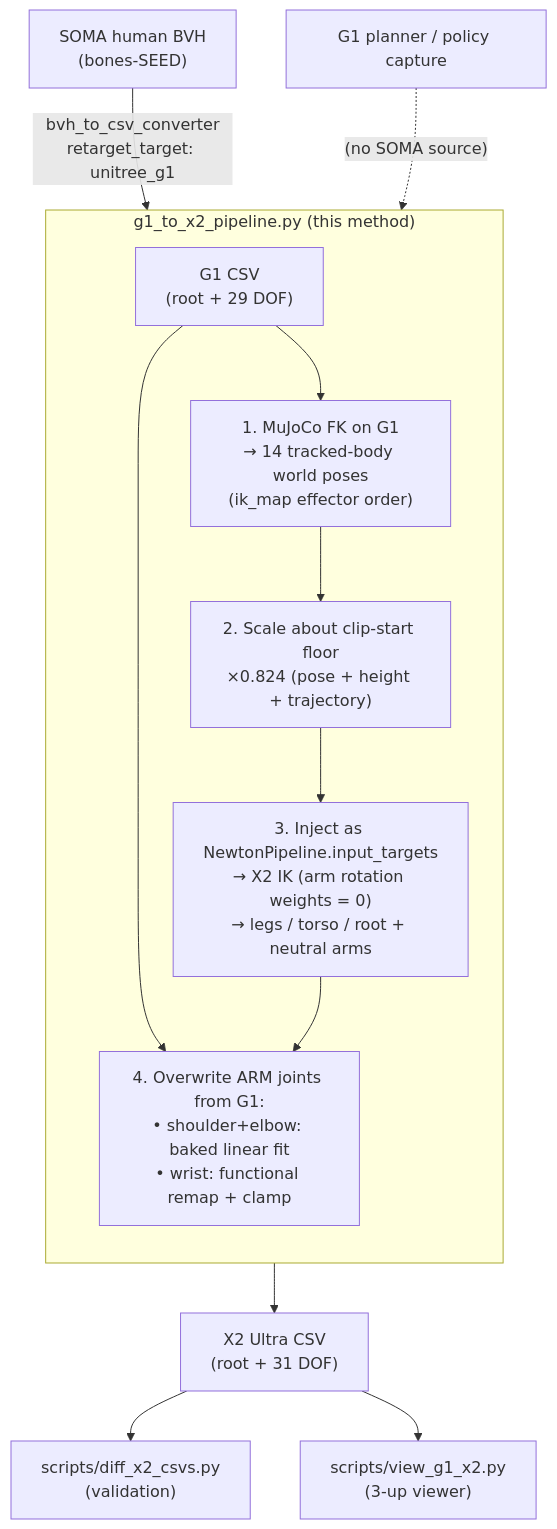
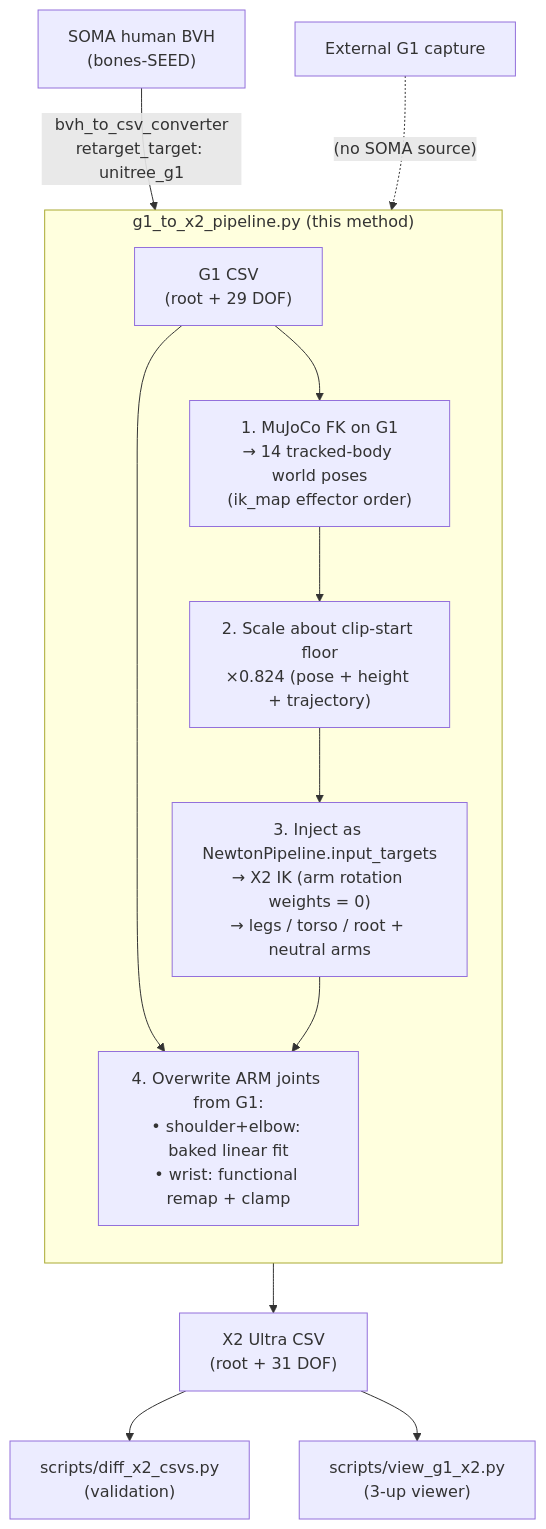
One commit to meetsitaram/soma-retargeter changed the diagram in docs/g1_to_x2.md. Above: the diagram before and after it, drawn with Mermaid. The commit also changed other lines of this file, not shown here.

First line of the commit message:
docs(g1_to_x2): reframe 'planner captures' as external G1 captures

````diff
--- a/docs/g1_to_x2.md
+++ b/docs/g1_to_x2.md
@@ -22,18 +22,18 @@
 ```mermaid
 flowchart TD
     BVH["SOMA human BVH<br/>(bones-SEED)"] -->|"bvh_to_csv_converter<br/>retarget_target: unitree_g1"| G1CSV["G1 CSV<br/>(root + 29 DOF)"]
-    G1planner["G1 planner / policy capture"] -.->|"(no SOMA source)"| G1CSV
+    G1capture["External G1 capture"] -.->|"(no SOMA source)"| G1CSV
 
     subgraph M["g1_to_x2_pipeline.py  (this method)"]
         direction TB
         G1CSV --> FK["1. MuJoCo FK on G1<br/>→ 14 tracked-body world poses<br/>(ik_map effector order)"]
         FK --> SCALE["2. Scale about clip-start floor<br/>×0.824 (pose + height + trajectory)"]
         SCALE --> INJECT["3. Inject as NewtonPipeline.input_targets<br/>→ X2 IK (arm rotation weights = 0)<br/>→ legs / torso / root + neutral arms"]
         G1CSV --> ARM["4. Overwrite ARM joints from G1:<br/>• shoulder+elbow: baked linear fit<br/>• wrist: functional remap + clamp"]
         INJECT --> ARM
     end
 
     ARM --> X2CSV["X2 Ultra CSV<br/>(root + 31 DOF)"]
     X2CSV --> DIFF["scripts/diff_x2_csvs.py<br/>(validation)"]
     X2CSV --> VIEW["scripts/view_g1_x2.py<br/>(3-up viewer)"]
 ```
````
